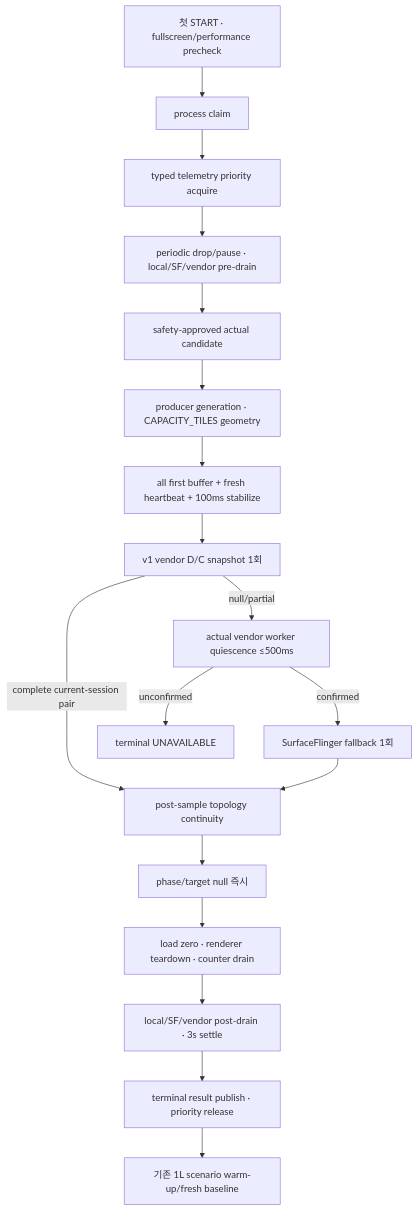
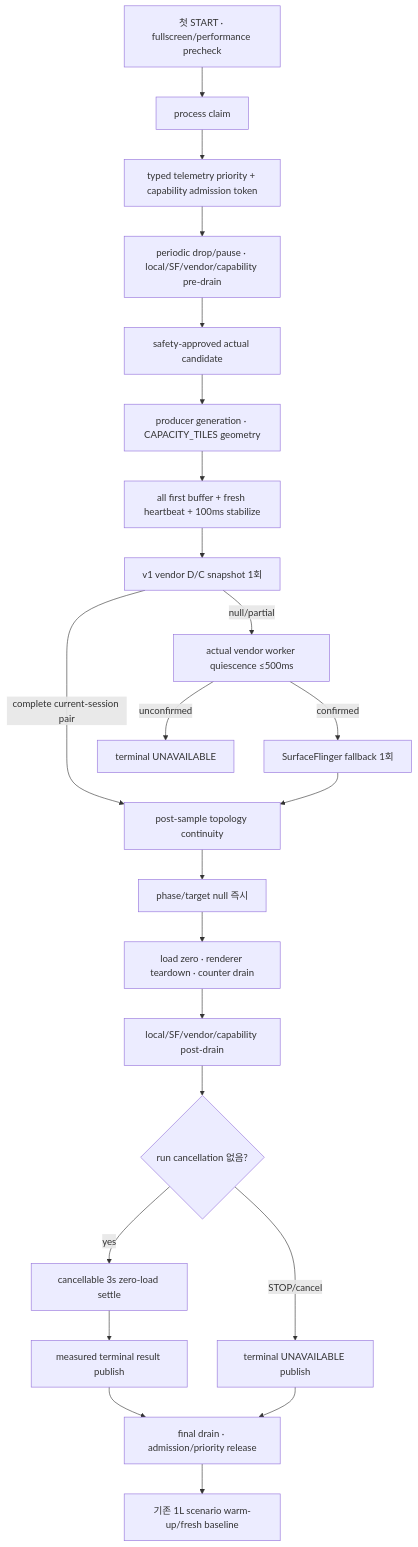
The diagram in docs/HWC_CAPACITY_CALIBRATION.md (sinpie/dpu-layer-lab), drawn with Mermaid before and after one commit. The commit also changed other lines of this file and 58 other files, not shown here.

````diff
--- a/docs/HWC_CAPACITY_CALIBRATION.md
+++ b/docs/HWC_CAPACITY_CALIBRATION.md
@@ -69,20 +69,25 @@
 ```mermaid
 flowchart TD
-    A["첫 START · fullscreen/performance precheck"] --> C["process claim"]
-    C --> P["typed telemetry priority acquire"]
-    P --> D["periodic drop/pause · local/SF/vendor pre-drain"]
+    A["첫 START · fullscreen/performance precheck"] --> CLAIM["process claim"]
+    CLAIM --> P["typed telemetry priority + capability admission token"]
+    P --> D["periodic drop/pause · local/SF/vendor/capability pre-drain"]
     D --> S["safety-approved actual candidate"]
     S --> G["producer generation · CAPACITY_TILES geometry"]
     G --> R["all first buffer + fresh heartbeat + 100ms stabilize"]
     R --> V["v1 vendor D/C snapshot 1회"]
     V -->|complete current-session pair| Q["post-sample topology continuity"]
     V -->|null/partial| B["actual vendor worker quiescence ≤500ms"]
     B -->|confirmed| F["SurfaceFlinger fallback 1회"]
     B -->|unconfirmed| N["terminal UNAVAILABLE"]
     F --> Q
     Q --> Z["phase/target null 즉시"]
     Z --> T["load zero · renderer teardown · counter drain"]
-    T --> W["local/SF/vendor post-drain · 3s settle"]
-    W --> E["terminal result publish · priority release"]
-    E --> H["기존 1L scenario warm-up/fresh baseline"]
+    T --> I["local/SF/vendor/capability post-drain"]
+    I --> CANCEL{"run cancellation 없음?"}
+    CANCEL -->|yes| W["cancellable 3s zero-load settle"]
+    CANCEL -->|STOP/cancel| ABANDON["terminal UNAVAILABLE publish"]
+    W --> E["measured terminal result publish"]
+    E --> RELEASE["final drain · admission/priority release"]
+    ABANDON --> RELEASE
+    RELEASE --> H["기존 1L scenario warm-up/fresh baseline"]
 ```
````
